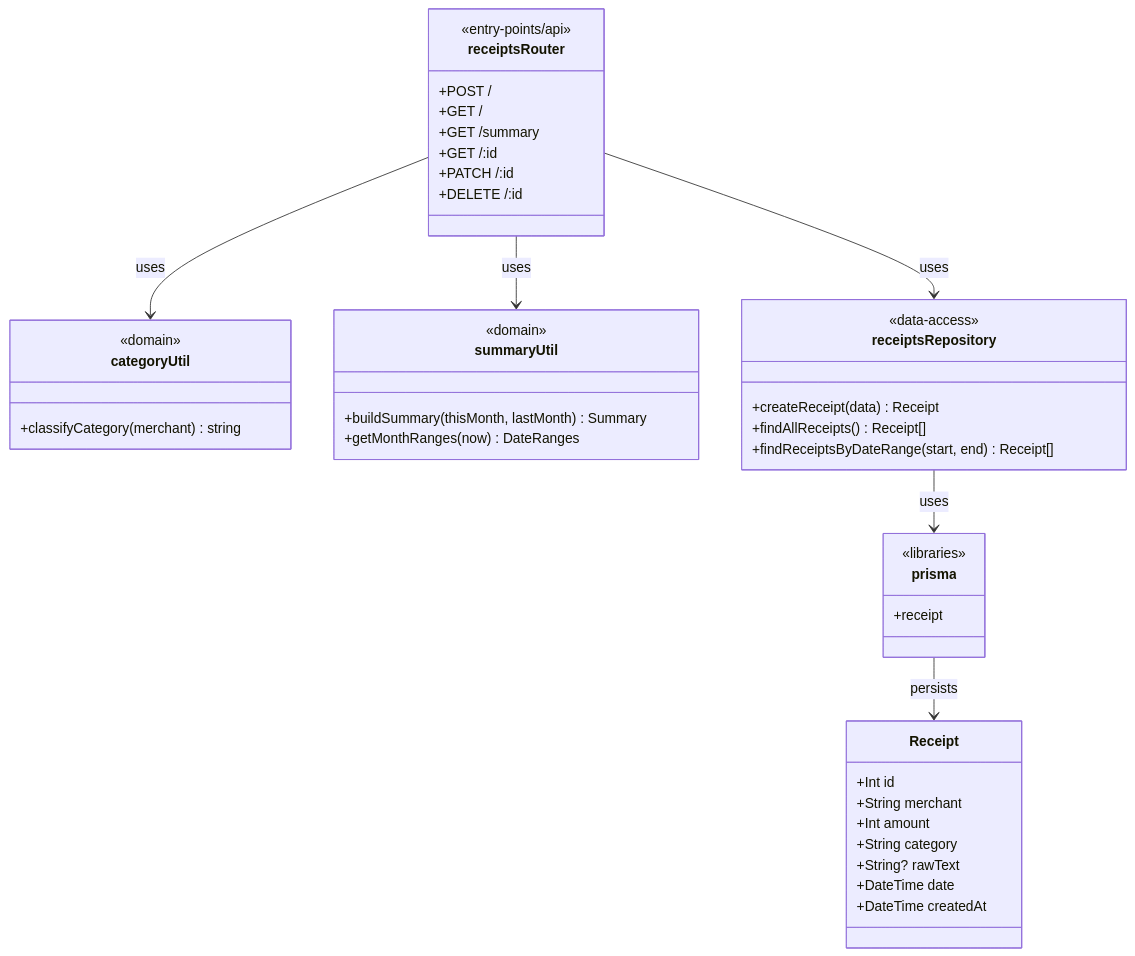
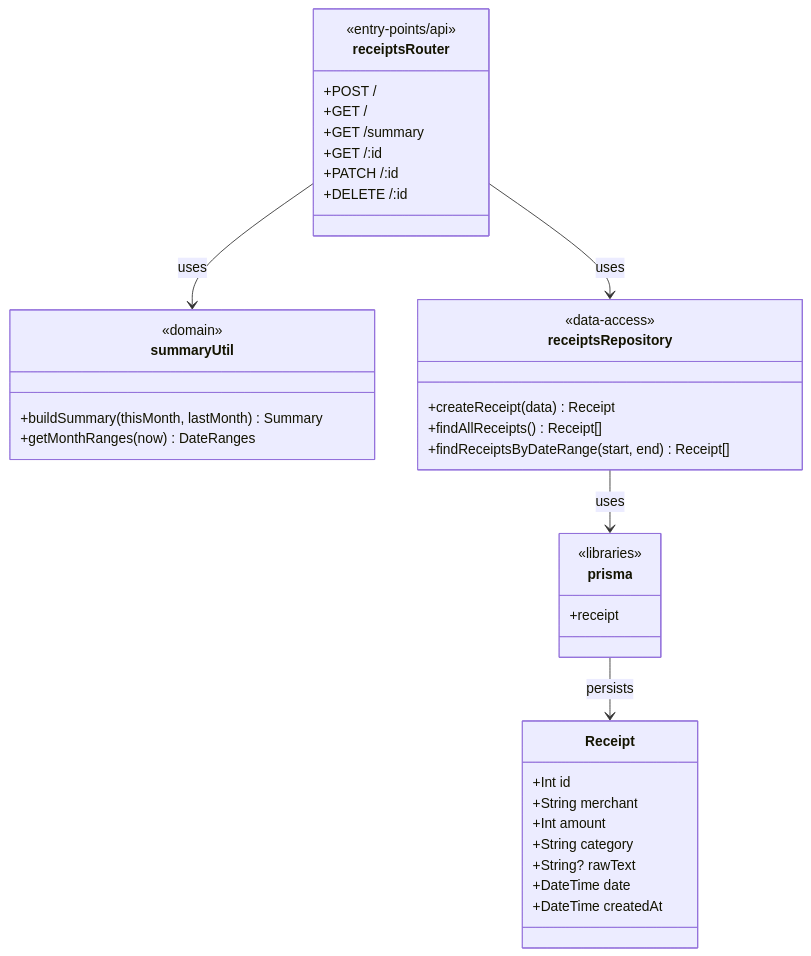
The first of 7 diagrams in docs/architecture.md (silverj0805/receipt-scanner-server), drawn with Mermaid before and after one commit. The commit also changed other lines of this file and 4 other files, not shown here.

````diff
--- a/docs/architecture.md
+++ b/docs/architecture.md
@@ -9,51 +9,45 @@
 ```mermaid
 classDiagram
     class receiptsRouter {
         <<entry-points/api>>
         +POST /
         +GET /
         +GET /summary
         +GET /:id
         +PATCH /:id
         +DELETE /:id
-    }
-
-    class categoryUtil {
-        <<domain>>
-        +classifyCategory(merchant) string
     }
 
     class summaryUtil {
         <<domain>>
         +buildSummary(thisMonth, lastMonth) Summary
         +getMonthRanges(now) DateRanges
     }
 
     class receiptsRepository {
         <<data-access>>
         +createReceipt(data) Receipt
         +findAllReceipts() Receipt[]
         +findReceiptsByDateRange(start, end) Receipt[]
     }
 
     class prisma {
         <<libraries>>
         +receipt
     }
 
     class Receipt {
         +Int id
         +String merchant
         +Int amount
         +String category
         +String? rawText
         +DateTime date
         +DateTime createdAt
     }
 
-    receiptsRouter --> categoryUtil : uses
     receiptsRouter --> summaryUtil : uses
     receiptsRouter --> receiptsRepository : uses
     receiptsRepository --> prisma : uses
     prisma --> Receipt : persists
 ```
````
